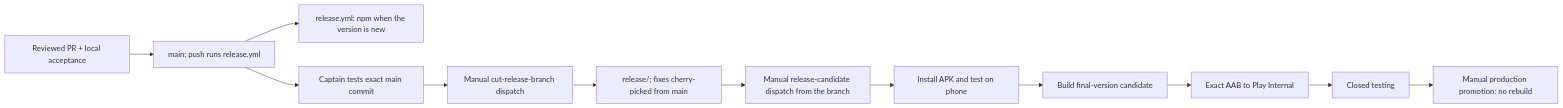
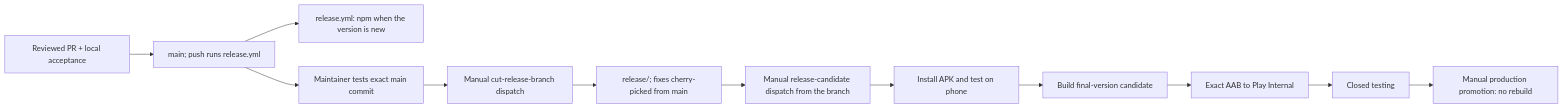
One commit to umeranjum17/muxr changed the diagram in docs/RELEASING.md. Above: the diagram before and after it, drawn with Mermaid. The commit also changed other lines of this file and 32 other files, not shown here.

````diff
--- a/docs/RELEASING.md
+++ b/docs/RELEASING.md
@@ -5,14 +5,14 @@
 ```mermaid
 flowchart LR
  PR[Reviewed PR + local acceptance] --> MAIN[main; push runs release.yml]
  MAIN --> NPM[release.yml: npm when the version is new]
- MAIN --> TEST[Captain tests exact main commit]
+  MAIN --> TEST[Maintainer tests exact main commit]
  TEST --> CUT[Manual cut-release-branch dispatch]
  CUT --> BRANCH["release/<version>; fixes cherry-picked from main"]
  BRANCH --> CANDIDATE[Manual release-candidate dispatch from the branch]
  CANDIDATE --> PHONE[Install APK and test on phone]
  PHONE --> FINAL[Build final-version candidate]
  FINAL --> INTERNAL[Exact AAB to Play Internal]
  INTERNAL --> CLOSED[Closed testing]
  CLOSED --> PROD[Manual production promotion: no rebuild]
 ```
````
